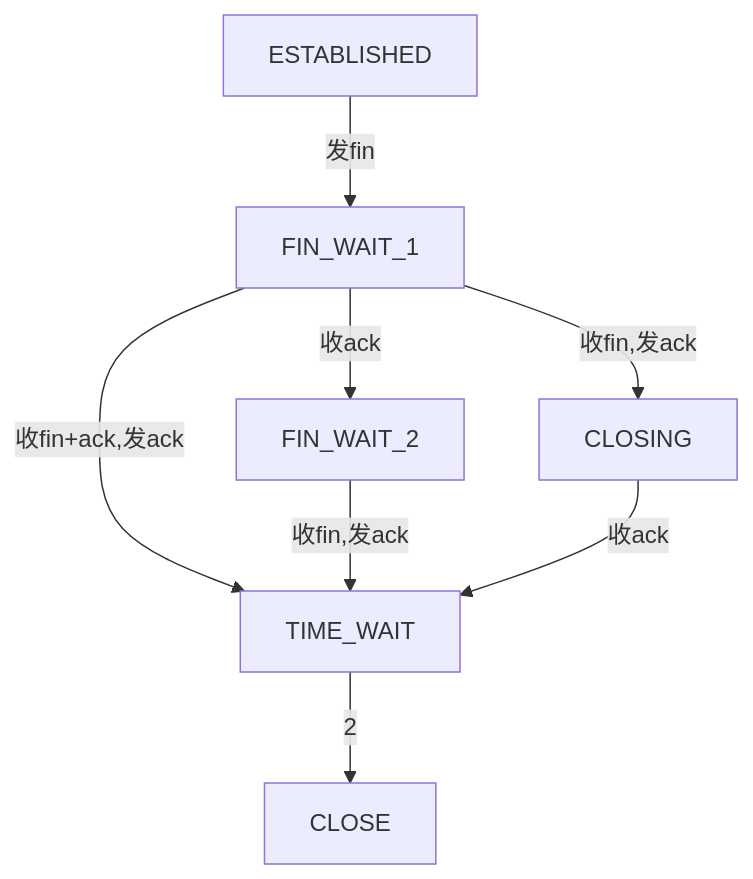
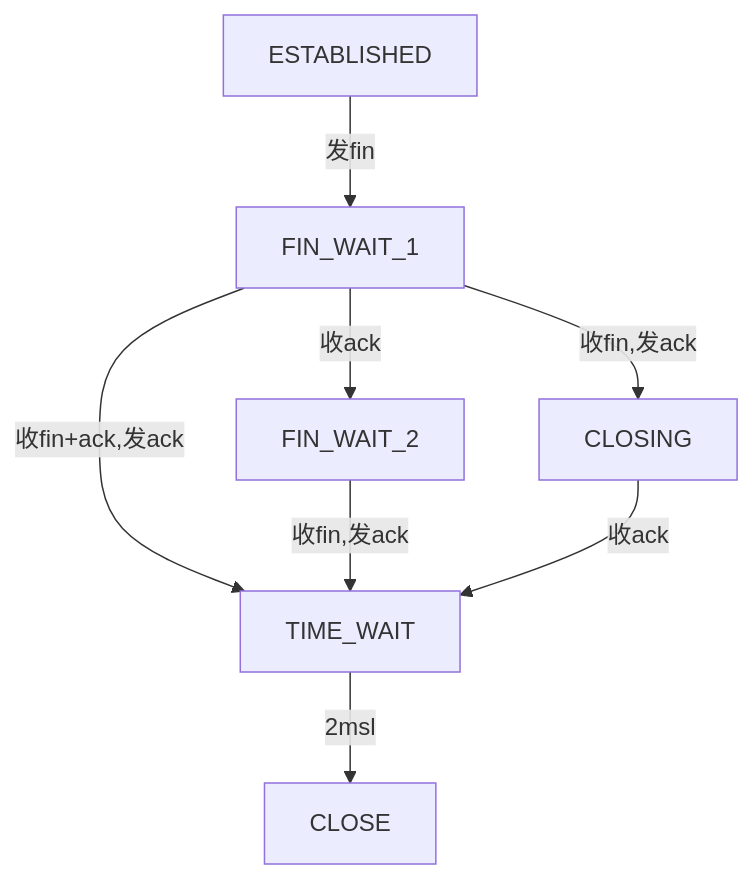
One commit to qffa/personalnote changed the third of 4 diagrams in TCP+IP/01.tcp状态机.md. Above: the diagram before and after it, drawn with Mermaid. The commit also changed 13 other files, not shown here.

````diff
--- a/TCP+IP/01.tcp状态机.md
+++ b/TCP+IP/01.tcp状态机.md
@@ -34,10 +34,10 @@
 ```mermaid
 graph TB
   ESTABLISHED --发fin--> FIN_WAIT_1
   FIN_WAIT_1 --收ack--> FIN_WAIT_2
   FIN_WAIT_1 --收fin,发ack --> CLOSING
   FIN_WAIT_1 --收fin+ack,发ack--> TIME_WAIT
   FIN_WAIT_2 --收fin,发ack--> TIME_WAIT
   CLOSING --收ack--> TIME_WAIT
-  TIME_WAIT --2--> CLOSE
+  TIME_WAIT --2msl--> CLOSE
 ```
````
